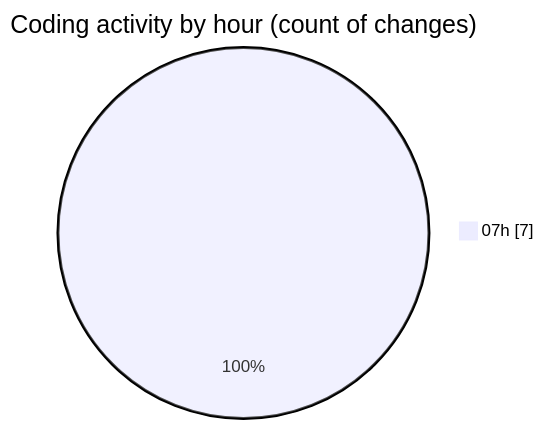
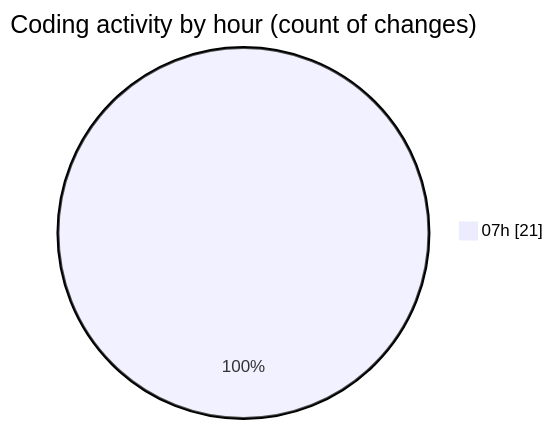
One commit to becaeroporto-bot/code-tracking changed the second of 2 diagrams in 2026-02-17/chatbot-ui-main/README.md. Above: the diagram before and after it, drawn with Mermaid. The commit also changed other lines of this file and 1 other file, not shown here.

````diff
--- a/2026-02-17/chatbot-ui-main/README.md
+++ b/2026-02-17/chatbot-ui-main/README.md
@@ -32,5 +34,5 @@
 ```mermaid
 pie showData
 title Coding activity by hour (count of changes)
-"07h" : 7
+"07h" : 21
 ```
````
